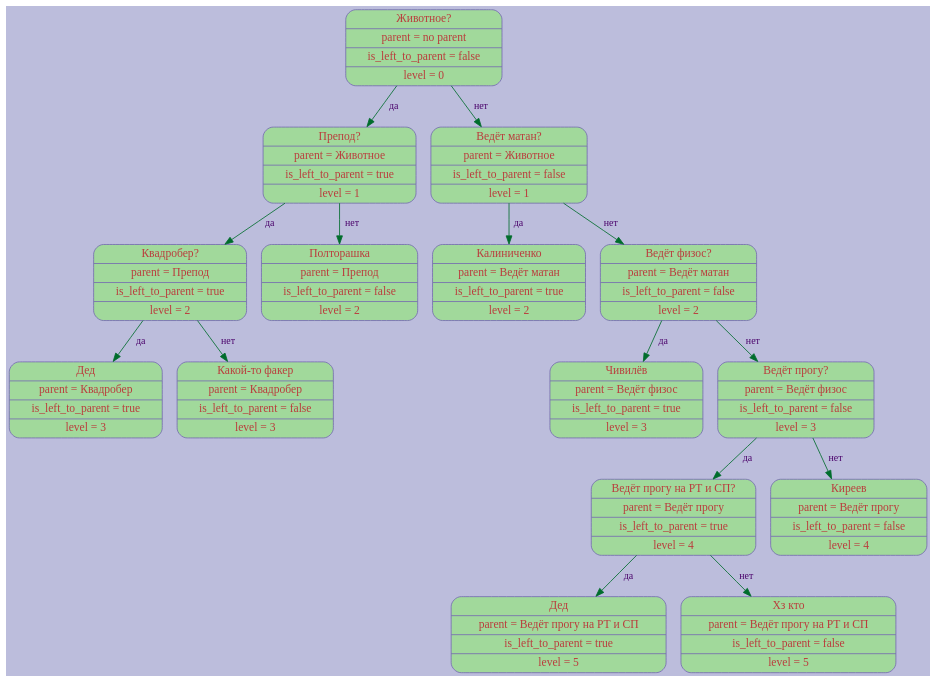
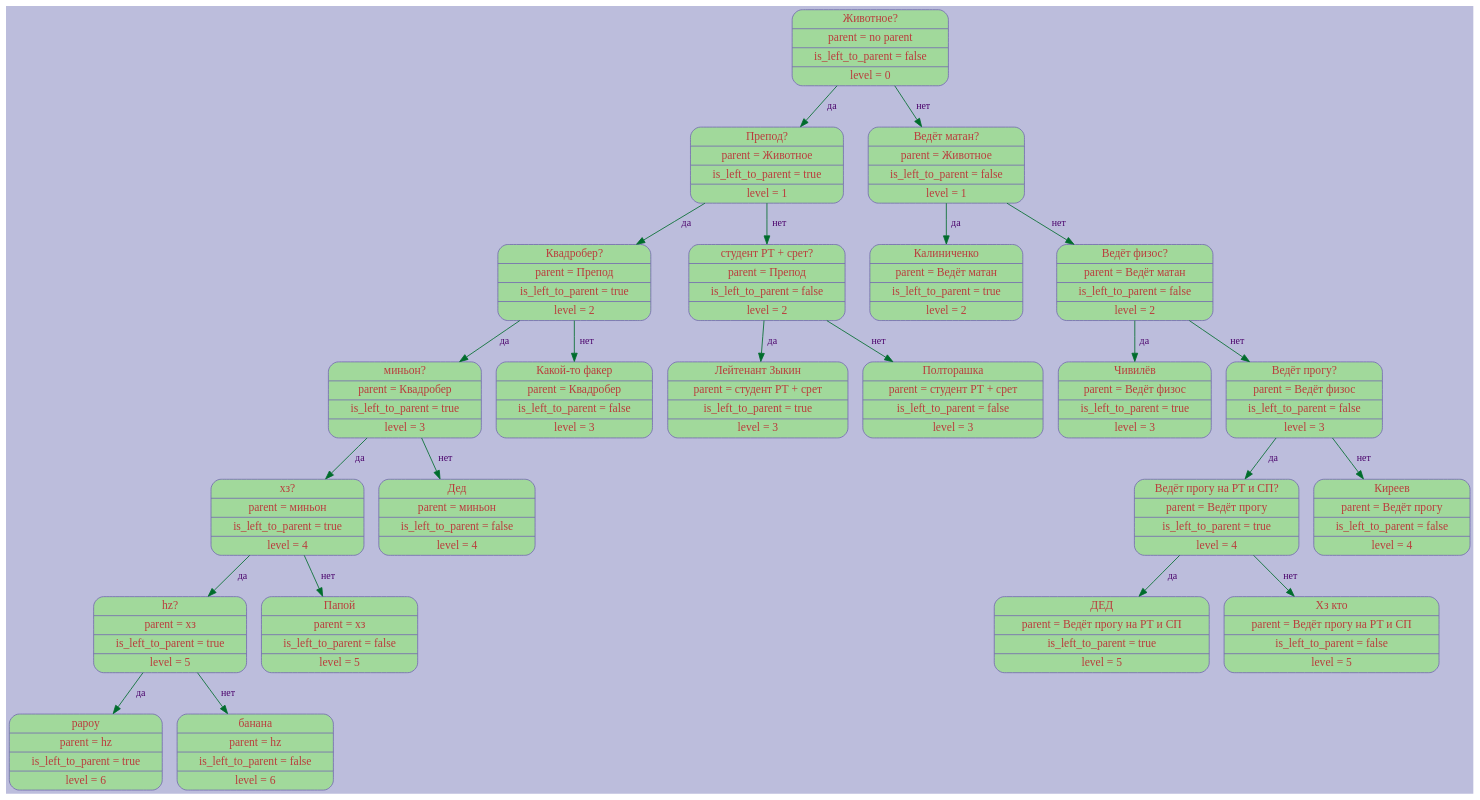
The diagram in logs/dot_files/DataBase.dot (sevaphasol/akinator), drawn with Graphviz before and after one commit. The commit also changed 19 other files, not shown here.

```diff
--- a/logs/dot_files/DataBase.dot
+++ b/logs/dot_files/DataBase.dot
@@ -1,21 +1,29 @@
 digraph G{
 rankdir=HR;
 node[style=filled, color="#756bb1", fillcolor="#a1d99b",fontcolor="#ba3d3d", fontsize=14];
 edge[color="#006d2c", fontsize=12, penwidth=1, fontcolor = "#49006a"];
 bgcolor="#bcbddc";
 elem1[shape="Mrecord", label= "{Животное? | parent = no parent | is_left_to_parent = false | level = 0}"];
 elem1->elem2[label = " да "];elem2[shape="Mrecord", label= "{Препод? | parent = Животное | is_left_to_parent = true | level = 1}"];
 elem2->elem3[label = " да "];elem3[shape="Mrecord", label= "{Квадробер? | parent = Препод | is_left_to_parent = true | level = 2}"];
-elem3->elem4[label = " да "];elem4[shape="Mrecord", label= "{Дед | parent = Квадробер | is_left_to_parent = true | level = 3}"];
-elem3->elem5[label = " нет "];elem5[shape="Mrecord", label= "{Какой-то факер | parent = Квадробер | is_left_to_parent = false | level = 3}"];
-elem2->elem6[label = " нет "];elem6[shape="Mrecord", label= "{Полторашка | parent = Препод | is_left_to_parent = false | level = 2}"];
-elem1->elem7[label = " нет "];elem7[shape="Mrecord", label= "{Ведёт матан? | parent = Животное | is_left_to_parent = false | level = 1}"];
-elem7->elem8[label = " да "];elem8[shape="Mrecord", label= "{Калиниченко | parent = Ведёт матан | is_left_to_parent = true | level = 2}"];
-elem7->elem9[label = " нет "];elem9[shape="Mrecord", label= "{Ведёт физос? | parent = Ведёт матан | is_left_to_parent = false | level = 2}"];
-elem9->elem10[label = " да "];elem10[shape="Mrecord", label= "{Чивилёв | parent = Ведёт физос | is_left_to_parent = true | level = 3}"];
-elem9->elem11[label = " нет "];elem11[shape="Mrecord", label= "{Ведёт прогу? | parent = Ведёт физос | is_left_to_parent = false | level = 3}"];
-elem11->elem12[label = " да "];elem12[shape="Mrecord", label= "{Ведёт прогу на РТ и СП? | parent = Ведёт прогу | is_left_to_parent = true | level = 4}"];
-elem12->elem13[label = " да "];elem13[shape="Mrecord", label= "{Дед | parent = Ведёт прогу на РТ и СП | is_left_to_parent = true | level = 5}"];
-elem12->elem14[label = " нет "];elem14[shape="Mrecord", label= "{Хз кто | parent = Ведёт прогу на РТ и СП | is_left_to_parent = false | level = 5}"];
-elem11->elem15[label = " нет "];elem15[shape="Mrecord", label= "{Киреев | parent = Ведёт прогу | is_left_to_parent = false | level = 4}"];
+elem3->elem4[label = " да "];elem4[shape="Mrecord", label= "{миньон? | parent = Квадробер | is_left_to_parent = true | level = 3}"];
+elem4->elem5[label = " да "];elem5[shape="Mrecord", label= "{хз? | parent = миньон | is_left_to_parent = true | level = 4}"];
+elem5->elem6[label = " да "];elem6[shape="Mrecord", label= "{hz? | parent = хз | is_left_to_parent = true | level = 5}"];
+elem6->elem7[label = " да "];elem7[shape="Mrecord", label= "{papoy | parent = hz | is_left_to_parent = true | level = 6}"];
+elem6->elem8[label = " нет "];elem8[shape="Mrecord", label= "{банана | parent = hz | is_left_to_parent = false | level = 6}"];
+elem5->elem9[label = " нет "];elem9[shape="Mrecord", label= "{Папой | parent = хз | is_left_to_parent = false | level = 5}"];
+elem4->elem10[label = " нет "];elem10[shape="Mrecord", label= "{Дед | parent = миньон | is_left_to_parent = false | level = 4}"];
+elem3->elem11[label = " нет "];elem11[shape="Mrecord", label= "{Какой-то факер | parent = Квадробер | is_left_to_parent = false | level = 3}"];
+elem2->elem12[label = " нет "];elem12[shape="Mrecord", label= "{студент РТ + срет? | parent = Препод | is_left_to_parent = false | level = 2}"];
+elem12->elem13[label = " да "];elem13[shape="Mrecord", label= "{Лейтенант Зыкин | parent = студент РТ + срет | is_left_to_parent = true | level = 3}"];
+elem12->elem14[label = " нет "];elem14[shape="Mrecord", label= "{Полторашка | parent = студент РТ + срет | is_left_to_parent = false | level = 3}"];
+elem1->elem15[label = " нет "];elem15[shape="Mrecord", label= "{Ведёт матан? | parent = Животное | is_left_to_parent = false | level = 1}"];
+elem15->elem16[label = " да "];elem16[shape="Mrecord", label= "{Калиниченко | parent = Ведёт матан | is_left_to_parent = true | level = 2}"];
+elem15->elem17[label = " нет "];elem17[shape="Mrecord", label= "{Ведёт физос? | parent = Ведёт матан | is_left_to_parent = false | level = 2}"];
+elem17->elem18[label = " да "];elem18[shape="Mrecord", label= "{Чивилёв | parent = Ведёт физос | is_left_to_parent = true | level = 3}"];
+elem17->elem19[label = " нет "];elem19[shape="Mrecord", label= "{Ведёт прогу? | parent = Ведёт физос | is_left_to_parent = false | level = 3}"];
+elem19->elem20[label = " да "];elem20[shape="Mrecord", label= "{Ведёт прогу на РТ и СП? | parent = Ведёт прогу | is_left_to_parent = true | level = 4}"];
+elem20->elem21[label = " да "];elem21[shape="Mrecord", label= "{ДЕД | parent = Ведёт прогу на РТ и СП | is_left_to_parent = true | level = 5}"];
+elem20->elem22[label = " нет "];elem22[shape="Mrecord", label= "{Хз кто | parent = Ведёт прогу на РТ и СП | is_left_to_parent = false | level = 5}"];
+elem19->elem23[label = " нет "];elem23[shape="Mrecord", label= "{Киреев | parent = Ведёт прогу | is_left_to_parent = false | level = 4}"];
 }
```
